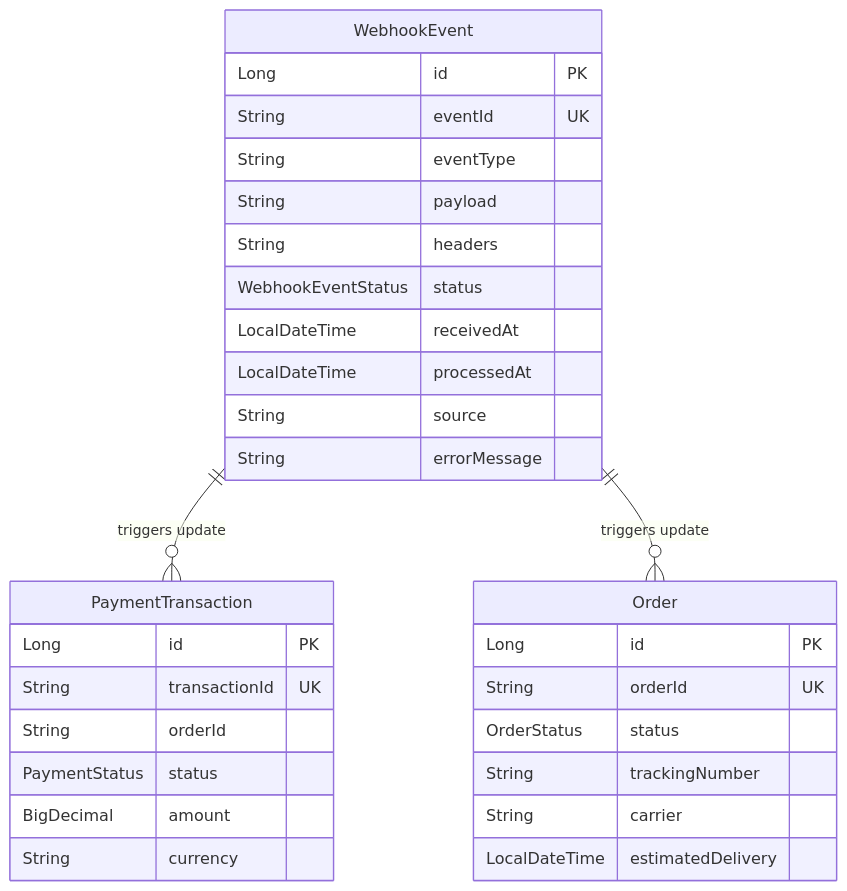
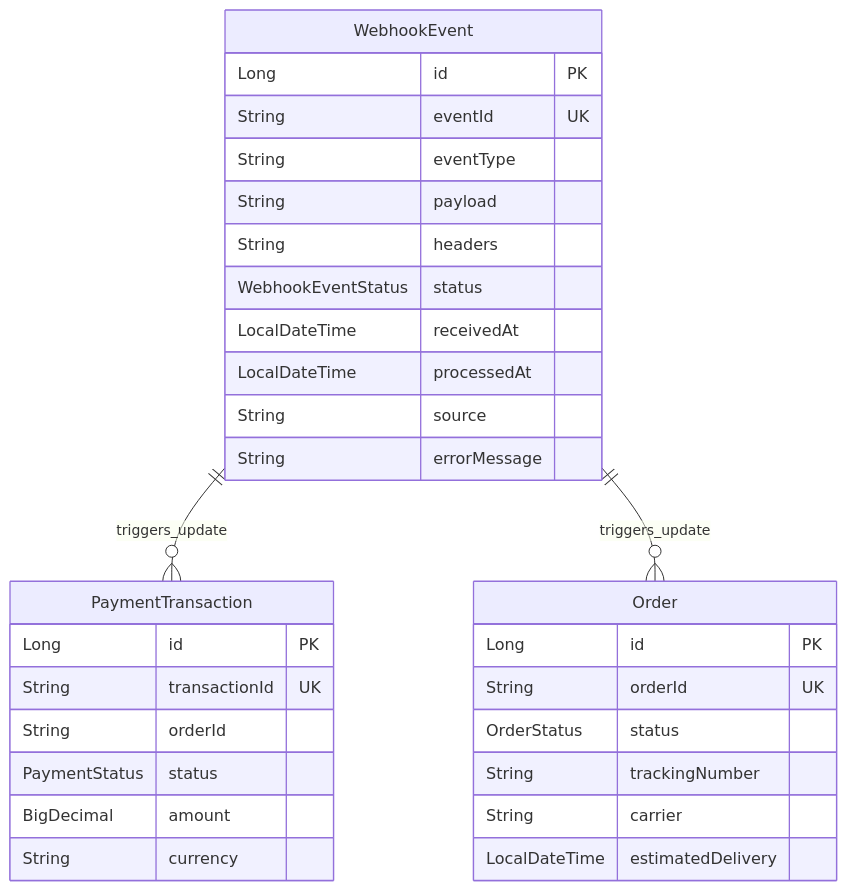
Before and after one commit to nitinkc/nitinkc.github.io: the fourth of 6 diagrams in _posts/microservices/2024-11-27-webhooks.md, drawn with Mermaid. The commit also changed 2 other files, not shown here.

Commit message:
Fix Mermaid ER diagrams: remove quoted field descriptions, normalize relationship labels, and ensure valid syntax across affected posts

````diff
--- a/_posts/microservices/2024-11-27-webhooks.md
+++ b/_posts/microservices/2024-11-27-webhooks.md
@@ -410,36 +410,36 @@
 ```mermaid
 erDiagram
     WebhookEvent {
         Long id PK
         String eventId UK
         String eventType
         String payload
         String headers
         WebhookEventStatus status
         LocalDateTime receivedAt
         LocalDateTime processedAt
         String source
         String errorMessage
     }
     
     PaymentTransaction {
         Long id PK
         String transactionId UK
         String orderId
         PaymentStatus status
         BigDecimal amount
         String currency
     }
     
     Order {
         Long id PK
         String orderId UK
         OrderStatus status
         String trackingNumber
         String carrier
         LocalDateTime estimatedDelivery
     }
     
-    WebhookEvent ||--o{ PaymentTransaction : "triggers update"
-    WebhookEvent ||--o{ Order : "triggers update"
+    WebhookEvent ||--o{ PaymentTransaction : triggers_update
+    WebhookEvent ||--o{ Order : triggers_update
 ```
````
